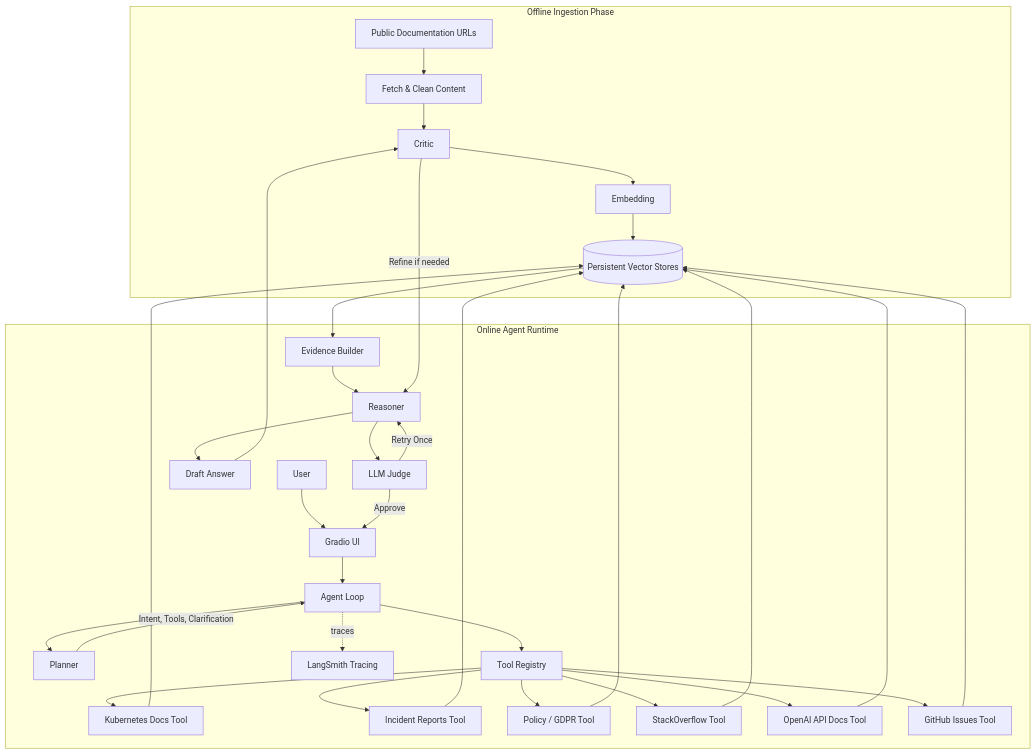
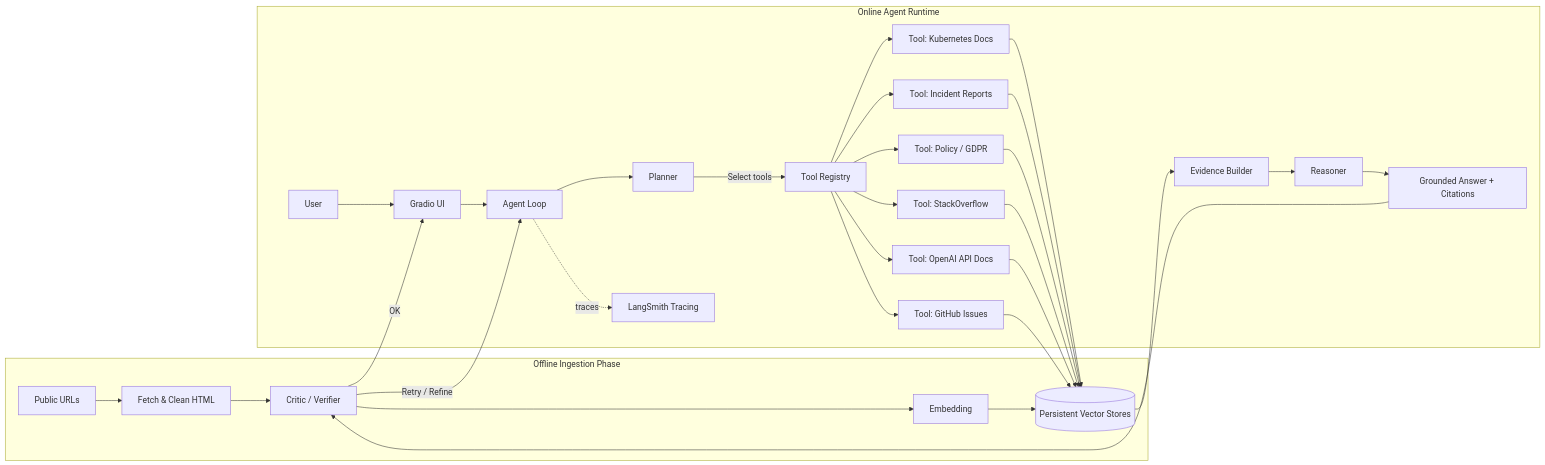
The second of 2 diagrams in docs/architecture.md (SujitSenapati/Agentic-RAG-Knowledge-Analyst), drawn with Mermaid before and after one commit. The commit also changed other lines of this file, not shown here.

````diff
--- a/docs/architecture.md
+++ b/docs/architecture.md
@@ -13,56 +58,49 @@
 ```mermaid
-
-flowchart TD
+flowchart LR
 
   %% ------------------------
   %% Offline Ingestion Phase
   %% ------------------------
   subgraph Offline["Offline Ingestion Phase"]
-      U1[Public Documentation URLs]
-      U1 --> F[Fetch & Clean Content]
+      U1[Public URLs] --> F[Fetch & Clean HTML]
       F --> C[Chunking]
       C --> E[Embedding]
       E --> VS[(Persistent Vector Stores)]
   end
 
   %% ------------------------
-  %% Online Agent Runtime
+  %% Online Runtime Phase
   %% ------------------------
   subgraph Online["Online Agent Runtime"]
 
       User[User] --> UI[Gradio UI]
       UI --> A[Agent Loop]
 
       A --> P[Planner]
-      P -->|Intent, Tools, Clarification| A
+      P -->|Select tools| TR[Tool Registry]
 
-      A --> TR[Tool Registry]
-
-      TR --> T1[Kubernetes Docs Tool]
-      TR --> T2[Incident Reports Tool]
-      TR --> T3[Policy / GDPR Tool]
-      TR --> T4[StackOverflow Tool]
-      TR --> T5[OpenAI API Docs Tool]
-      TR --> T6[GitHub Issues Tool]
+      TR --> T1[Tool: Kubernetes Docs]
+      TR --> T2[Tool: Incident Reports]
+      TR --> T3[Tool: Policy / GDPR]
+      TR --> T4[Tool: StackOverflow]
+      TR --> T5[Tool: OpenAI API Docs]
+      TR --> T6[Tool: GitHub Issues]
 
       T1 --> VS
       T2 --> VS
       T3 --> VS
       T4 --> VS
       T5 --> VS
       T6 --> VS
 
       VS --> EV[Evidence Builder]
       EV --> RS[Reasoner]
-      RS --> ANS[Draft Answer]
+      RS --> ANS[Grounded Answer + Citations]
 
-      ANS --> C[Critic]
-      C -->|Refine if needed| RS
-
-      RS --> J[LLM Judge]
-      J -->|Approve| UI
-      J -->|Retry Once| RS
+      ANS --> C[Critic / Verifier]
+      C -->|OK| UI
+      C -->|Retry / Refine| A
 
       A -. traces .-> LS[LangSmith Tracing]
   end
 ```
````
